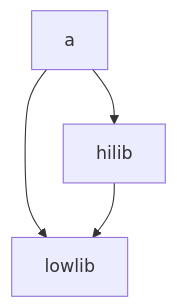
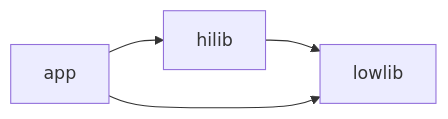
One commit to ZeeD/_bs_lib_monorepo changed the diagram in README.md. Above: the diagram before and after it, drawn with Mermaid. The commit also changed other lines of this file and 10 other files, not shown here.

````diff
--- a/README.md
+++ b/README.md
@@ -1,6 +1,6 @@
 ```mermaid
-flowchart
-    a --> hilib
-    a --> lowlib
+flowchart LR
+    app --> hilib
     hilib --> lowlib
+    app --> lowlib
 ```
````
